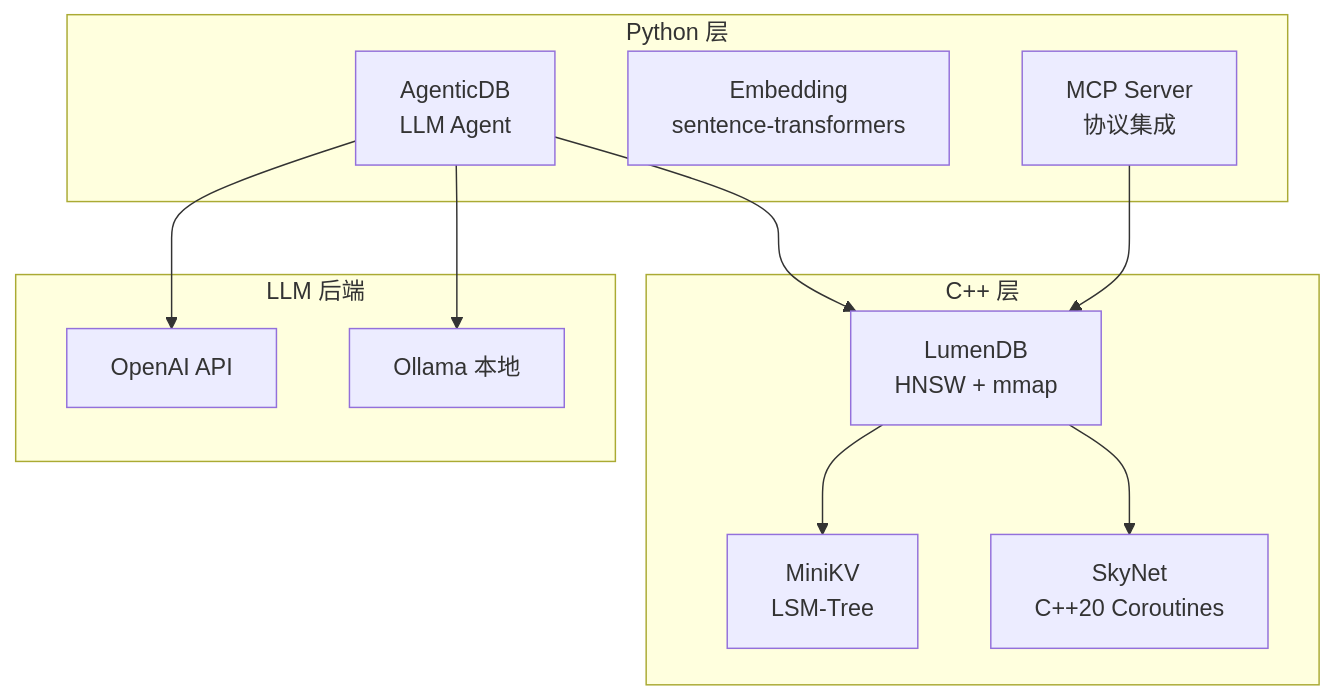
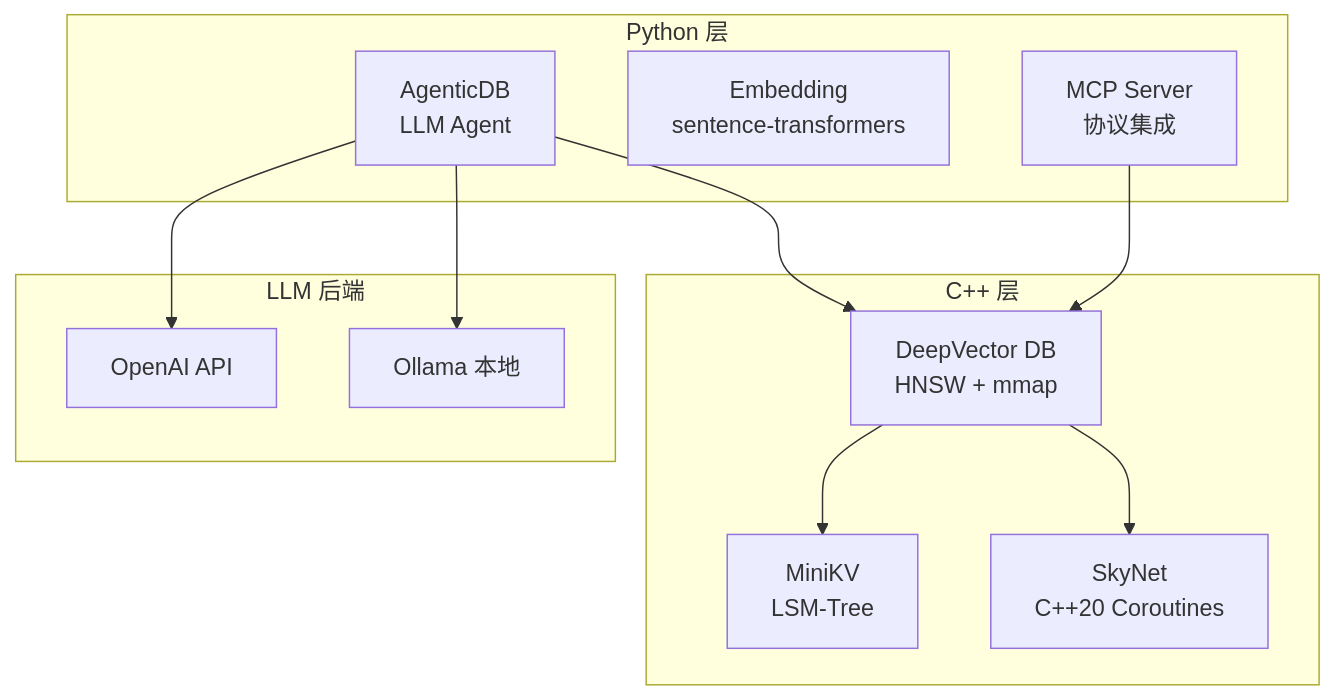
One commit to Thezx-a/LumenDB changed the second of 2 diagrams in README.md. Above: the diagram before and after it, drawn with Mermaid. The commit also changed other lines of this file and 319 other files, not shown here.

First line of the commit message:
refactor: 项目重命名 LumenDB → DeepVector / Rename project

````diff
--- a/README.md
+++ b/README.md
@@ -96,23 +104,23 @@
 ```mermaid
 graph TB
     subgraph C["C++ 层"]
         MK["MiniKV<br/>LSM-Tree"]
         SN["SkyNet<br/>C++20 Coroutines"]
-        LD["LumenDB<br/>HNSW + mmap"]
+        DV["DeepVector DB<br/>HNSW + mmap"]
     end
     subgraph Py["Python 层"]
         AG["AgenticDB<br/>LLM Agent"]
         EM["Embedding<br/>sentence-transformers"]
         MC["MCP Server<br/>协议集成"]
     end
     subgraph LLM["LLM 后端"]
         OA["OpenAI API"]
         OL["Ollama 本地"]
     end
     AG --> OA
     AG --> OL
-    AG --> LD
-    MC --> LD
-    LD --> MK
-    LD --> SN
+    AG --> DV
+    MC --> DV
+    DV --> MK
+    DV --> SN
 ```
````
